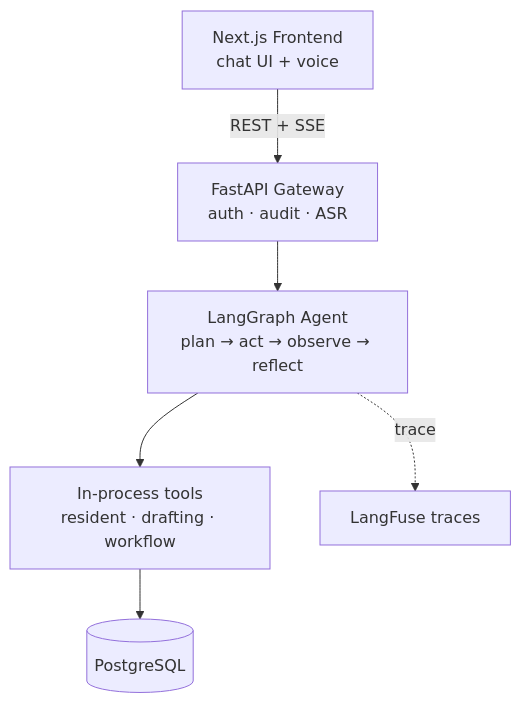
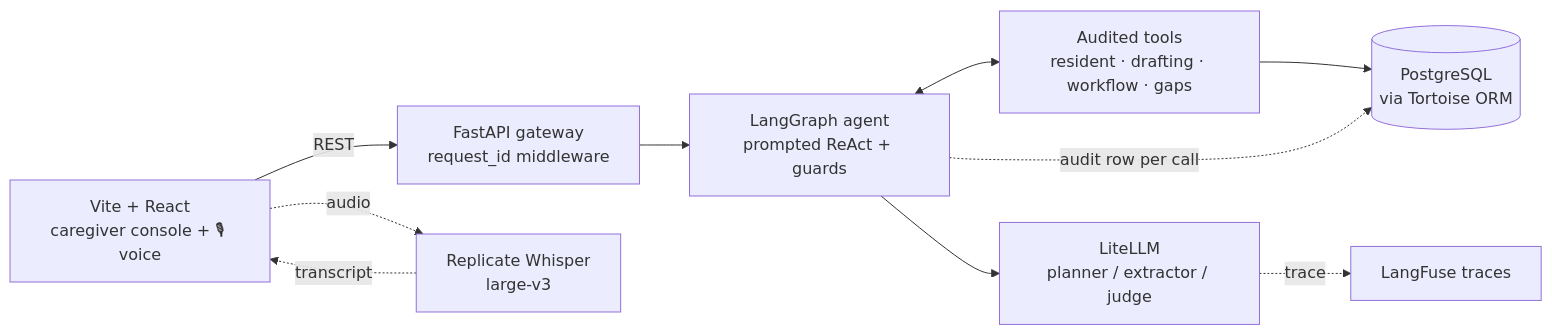
The diagram in README.md (vishalj0501/dexter-mini), drawn with Mermaid before and after one commit. The commit also changed other lines of this file and 1 other file, not shown here.

````diff
--- a/README.md
+++ b/README.md
@@ -11,15 +10,21 @@
 ```mermaid
-flowchart TB
-    UI[Next.js Frontend<br/>chat UI + voice]
-    GW[FastAPI Gateway<br/>auth · audit · ASR]
-    AGENT[LangGraph Agent<br/>plan → act → observe → reflect]
-    TOOLS[In-process tools<br/>resident · drafting · workflow]
-    DB[(PostgreSQL)]
+flowchart LR
+    UI[Vite + React<br/>caregiver console + 🎙 voice]
+    GW[FastAPI gateway<br/>request_id middleware]
+    AGENT[LangGraph agent<br/>prompted ReAct + guards]
+    TOOLS[Audited tools<br/>resident · drafting · workflow · gaps]
+    LLM[LiteLLM<br/>planner / extractor / judge]
+    DB[(PostgreSQL<br/>via Tortoise ORM)]
+    WH[Replicate Whisper<br/>large-v3]
     LF[LangFuse traces]
 
-    UI -- REST + SSE --> GW
+    UI -- REST --> GW
+    UI -. audio .-> WH
+    WH -. transcript .-> UI
     GW --> AGENT
-    AGENT --> TOOLS
+    AGENT <--> TOOLS
     TOOLS --> DB
-    AGENT -. trace .-> LF
+    AGENT --> LLM
+    LLM -. trace .-> LF
+    AGENT -. audit row per call .-> DB
 ```
````
